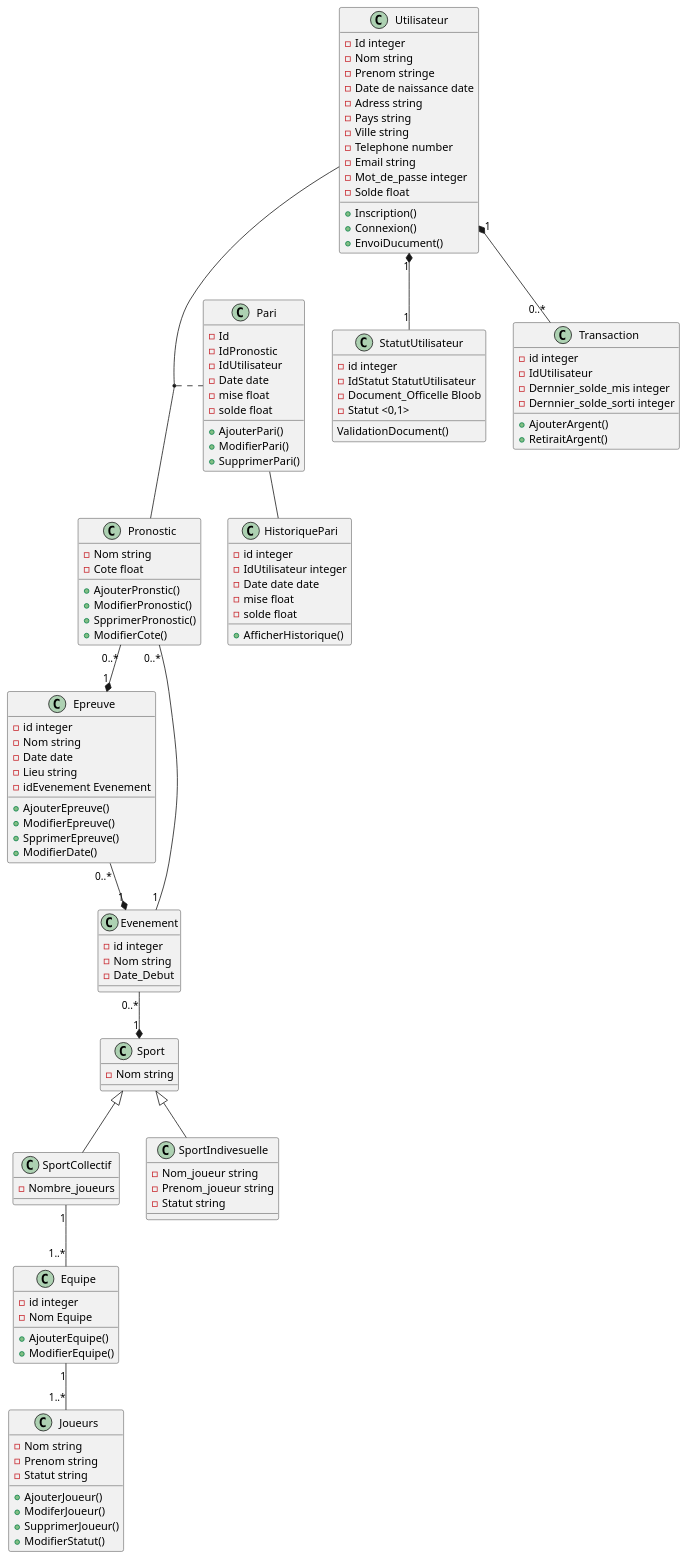
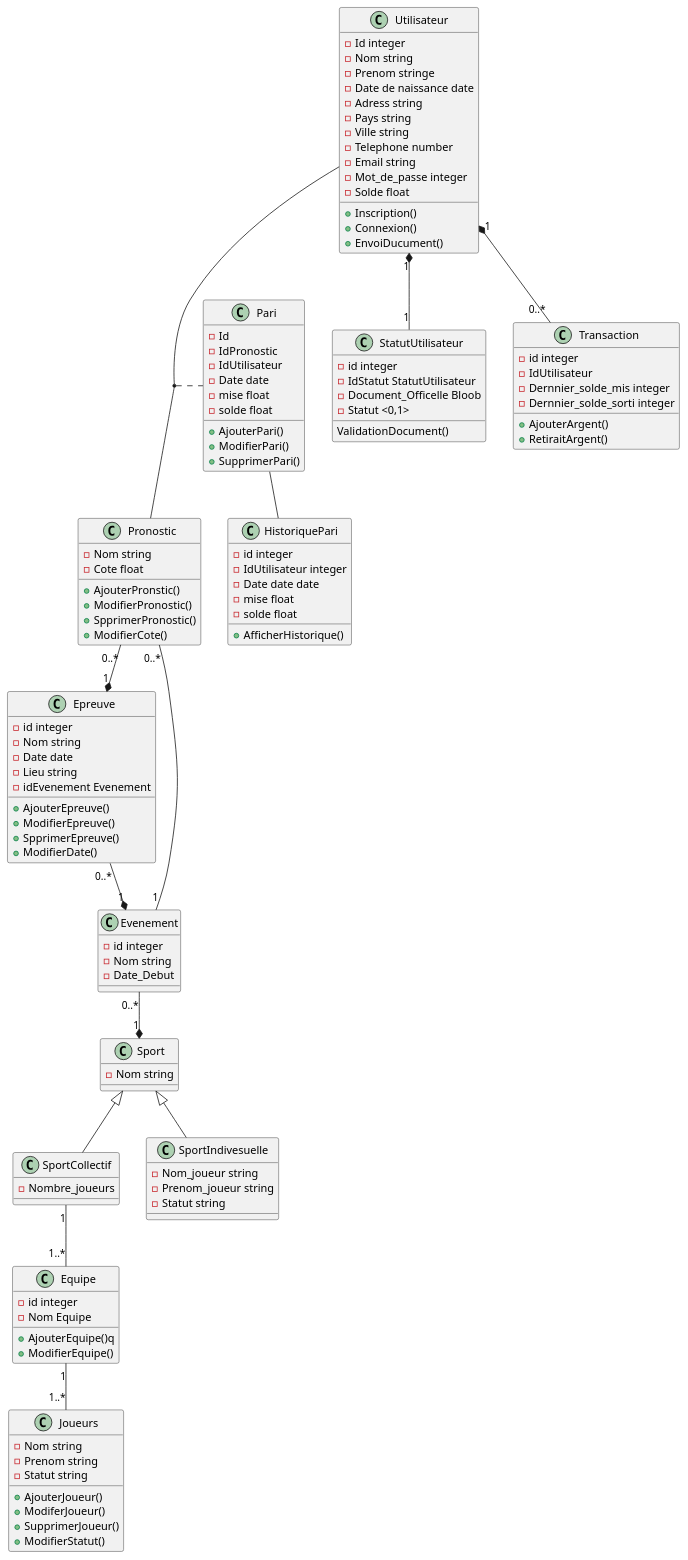
The diagram in pariSportif.puml (OFP-CDA-Mulhouse-2020/parisportif4), drawn with PlantUML before and after one commit. The commit also changed 4 other files, not shown here.

```diff
--- a/pariSportif.puml
+++ b/pariSportif.puml
@@ -1,134 +1,134 @@
 @startuml
 
 class Utilisateur {
     - Id integer
     - Nom string
     - Prenom stringe
     - Date de naissance date
     - Adress string
     - Pays string
     - Ville string
     - Telephone number
     - Email string
     - Mot_de_passe integer
     - Solde float
 
     + Inscription()
     + Connexion()
     + EnvoiDucument()
 }
 class StatutUtilisateur {
     - id integer
     - IdStatut StatutUtilisateur
     - Document_Officelle Bloob
     - Statut <0,1>
 
     ValidationDocument()
 }
 
 class Transaction {
     - id integer
     - IdUtilisateur
     - Dernnier_solde_mis integer
     - Dernnier_solde_sorti integer
 
     + AjouterArgent()
     + RetiraitArgent()
 }
 
 class Pari {
     - Id
     - IdPronostic
     - IdUtilisateur
     - Date date
     - mise float
     - solde float
 
     + AjouterPari()
     + ModifierPari()
     + SupprimerPari()
 }
 
 
 class Pronostic {
     - Nom string
     - Cote float
 
     + AjouterPronstic()
     + ModifierPronostic()
     + SpprimerPronostic()
     + ModifierCote()
 }
 
 class Epreuve {
     - id integer
     - Nom string
     - Date date
     - Lieu string
     - idEvenement Evenement
 
     + AjouterEpreuve()
     + ModifierEpreuve()
     + SpprimerEpreuve()
     + ModifierDate()
 }
 
 class Evenement {
     - id integer
     - Nom string
     - Date_Debut
 }
 
 class Sport {
     - Nom string
 }
 class SportCollectif {
     - Nombre_joueurs
 }
 class Equipe {
     - id integer
     - Nom Equipe
 
-    + AjouterEquipe()
+    + AjouterEquipe()q
     + ModifierEquipe()
 }
 class Joueurs {
     - Nom string
     - Prenom string
     - Statut string
 
     + AjouterJoueur()
     + ModiferJoueur()
     + SupprimerJoueur()
     + ModifierStatut()
 }
 
 class SportIndivesuelle {
     - Nom_joueur string
     - Prenom_joueur string
     - Statut string
 }
 class HistoriquePari {
     - id integer
     - IdUtilisateur integer
     - Date date date
     - mise float
     - solde float
 
     + AfficherHistorique()
 }
 
 
 (Utilisateur, Pronostic) . Pari
 Utilisateur "1" *-- "0..*" Transaction
 Utilisateur "1" *-- "1" StatutUtilisateur
 Pronostic "0..*" --* "1" Epreuve
 Epreuve "0..*" --* "1" Evenement
 Evenement "0..*" --* "1" Sport
 Pronostic "0..*" -- "1" Evenement
 Sport <|-- SportIndivesuelle
 Sport <|-- SportCollectif
 SportCollectif "1" -- "1..*" Equipe
 Equipe "1" -- "1..*" Joueurs
 Pari -- HistoriquePari
 @enduml
```
